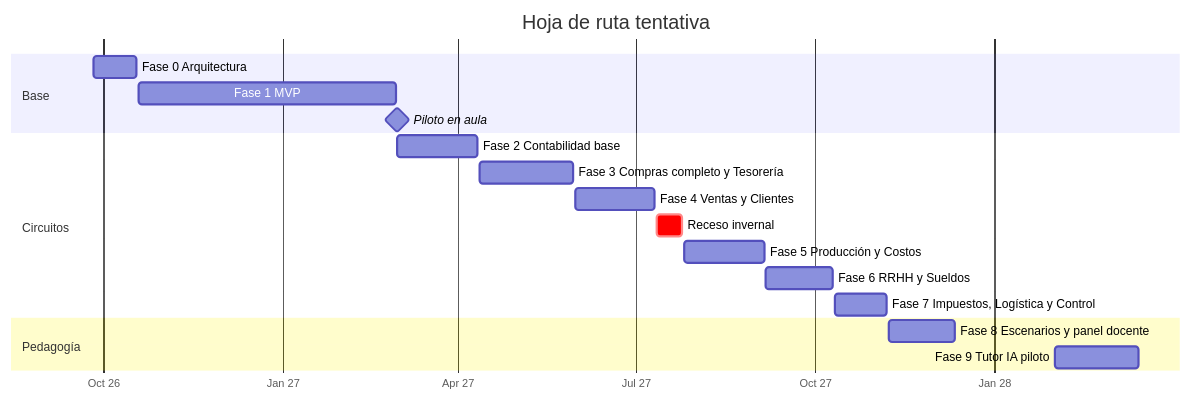
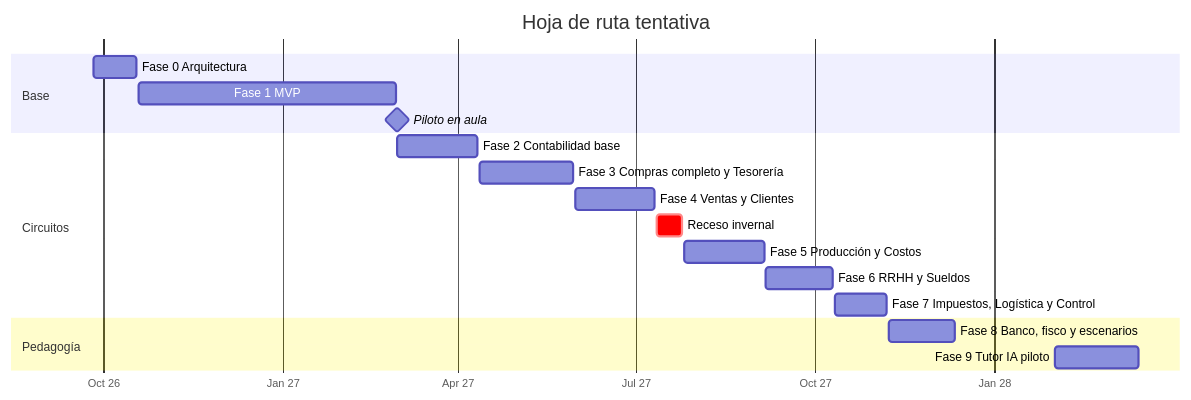
The diagram in ROADMAP.md (juanmanuelgomez143620/integrar-erp), drawn with Mermaid before and after one commit. The commit also changed other lines of this file and 3 other files, not shown here.

First line of the commit message:
docs: diseño de la Fase 8 (banco y fisco operados por estudiantes)

````diff
--- a/ROADMAP.md
+++ b/ROADMAP.md
@@ -16,21 +16,21 @@
 ```mermaid
 gantt
   title Hoja de ruta tentativa
   dateFormat YYYY-MM-DD
   axisFormat %b %y
   section Base
   Fase 0 Arquitectura               :f0, 2026-09-26, 2026-10-18
   Fase 1 MVP                        :f1, 2026-10-19, 2027-02-28
   Piloto en aula                    :milestone, m1, 2027-03-01, 0d
   section Circuitos
   Fase 2 Contabilidad base          :f2, 2027-03-01, 2027-04-11
   Fase 3 Compras completo y Tesorería :f3, 2027-04-12, 2027-05-30
   Fase 4 Ventas y Clientes          :f4, 2027-05-31, 2027-07-11
   Receso invernal                   :crit, r1, 2027-07-12, 2027-07-25
   Fase 5 Producción y Costos        :f5, 2027-07-26, 2027-09-05
   Fase 6 RRHH y Sueldos             :f6, 2027-09-06, 2027-10-10
   Fase 7 Impuestos, Logística y Control :f7, 2027-10-11, 2027-11-07
   section Pedagogía
-  Fase 8 Escenarios y panel docente :f8, 2027-11-08, 2027-12-12
+  Fase 8 Banco, fisco y escenarios  :f8, 2027-11-08, 2027-12-12
   Fase 9 Tutor IA piloto            :f9, 2028-02-01, 2028-03-15
 ```
````
